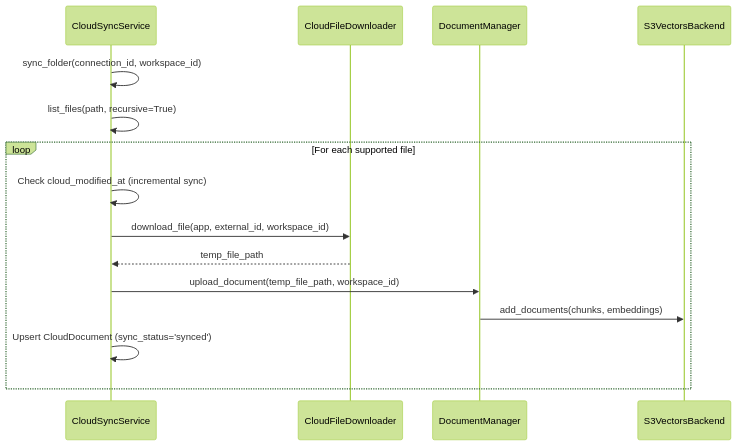
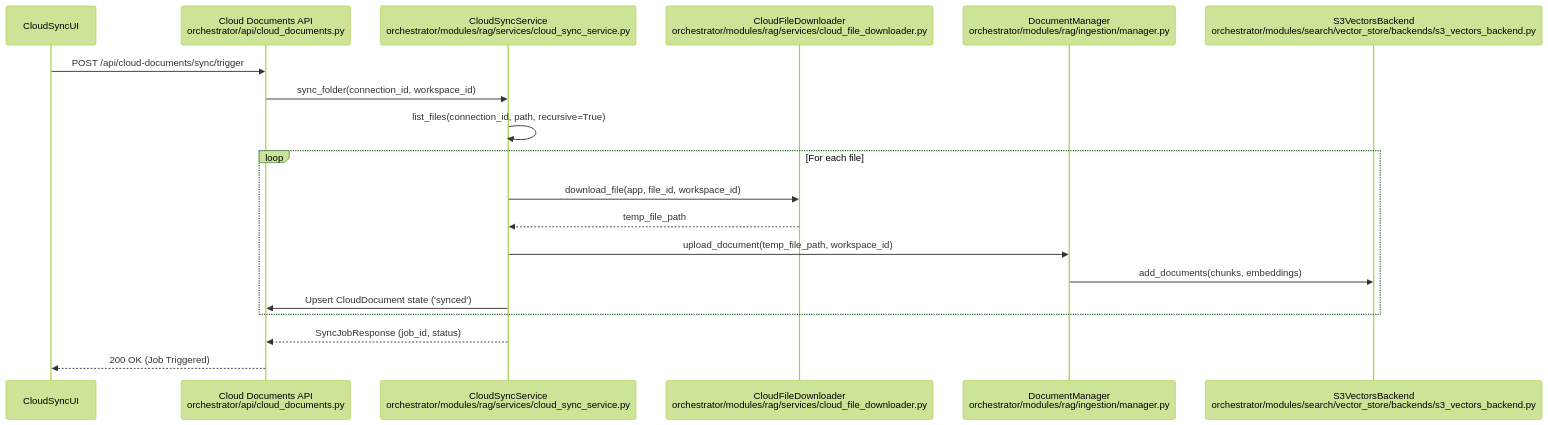
One commit to AutomatosAI/automatos-ai changed the third of 3 diagrams in docs/knowledge-base-rag/cloud-storage-integration.md. Above: the diagram before and after it, drawn with Mermaid (forest theme). The commit also changed other lines of this file and 191 other files, not shown here.

````diff
--- a/docs/knowledge-base-rag/cloud-storage-integration.md
+++ b/docs/knowledge-base-rag/cloud-storage-integration.md
@@ -146,18 +131,22 @@
 ```mermaid
 sequenceDiagram
-    participant S as CloudSyncService
-    participant D as CloudFileDownloader
-    participant M as DocumentManager
-    participant V as S3VectorsBackend
-    
-    S->>S: sync_folder(connection_id, workspace_id)
-    S->>S: list_files(path, recursive=True)
-    loop For each supported file
-        S->>S: Check cloud_modified_at (incremental sync)
-        S->>D: download_file(app, external_id, workspace_id)
-        D-->>S: temp_file_path
-        S->>M: upload_document(temp_file_path, workspace_id)
-        M->>V: add_documents(chunks, embeddings)
-        S->>S: Upsert CloudDocument (sync_status='synced')
+    participant UI as CloudSyncUI
+    participant API as Cloud Documents API<br/>orchestrator/api/cloud_documents.py
+    participant Service as CloudSyncService<br/>orchestrator/modules/rag/services/cloud_sync_service.py
+    participant Downloader as CloudFileDownloader<br/>orchestrator/modules/rag/services/cloud_file_downloader.py
+    participant Ingestion as DocumentManager<br/>orchestrator/modules/rag/ingestion/manager.py
+    participant Store as S3VectorsBackend<br/>orchestrator/modules/search/vector_store/backends/s3_vectors_backend.py
+
+    UI->>API: POST /api/cloud-documents/sync/trigger
+    API->>Service: sync_folder(connection_id, workspace_id)
+    Service->>Service: list_files(connection_id, path, recursive=True)
+    loop For each file
+        Service->>Downloader: download_file(app, file_id, workspace_id)
+        Downloader-->>Service: temp_file_path
+        Service->>Ingestion: upload_document(temp_file_path, workspace_id)
+        Ingestion->>Store: add_documents(chunks, embeddings)
+        Service->>API: Upsert CloudDocument state ('synced')
     end
+    Service-->>API: SyncJobResponse (job_id, status)
+    API-->>UI: 200 OK (Job Triggered)
 ```
````
